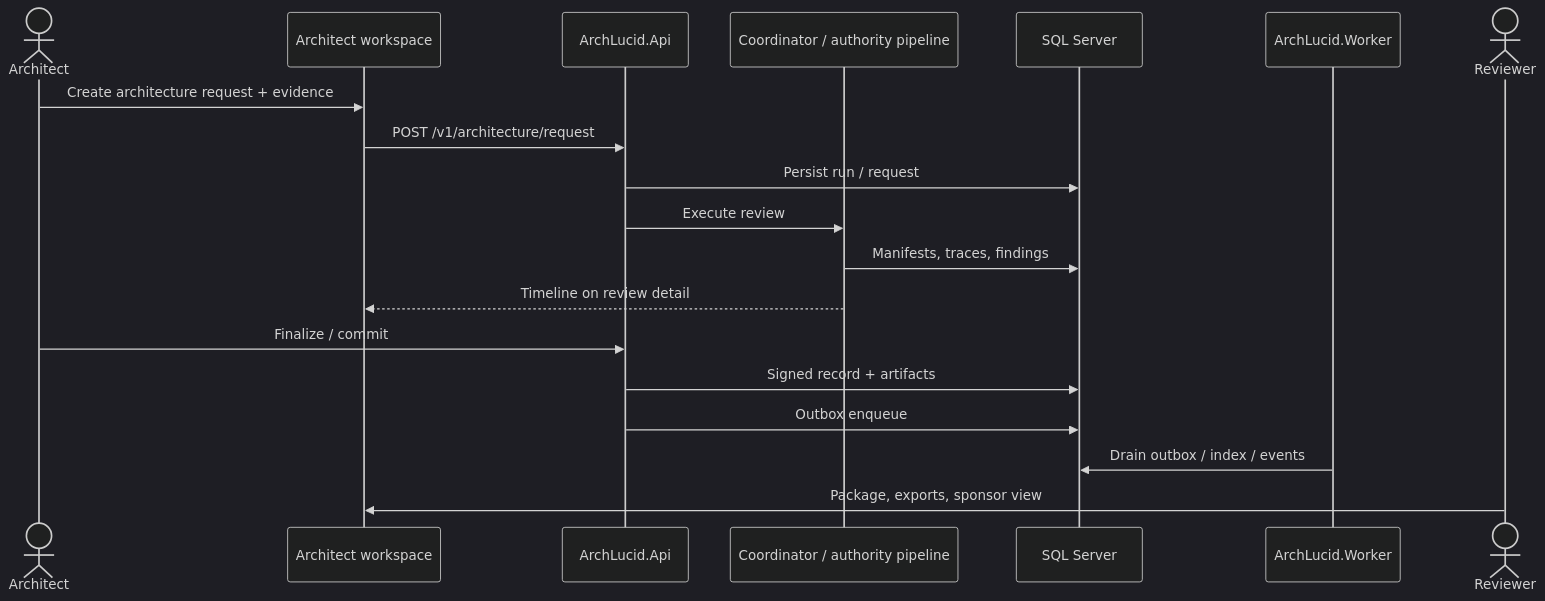
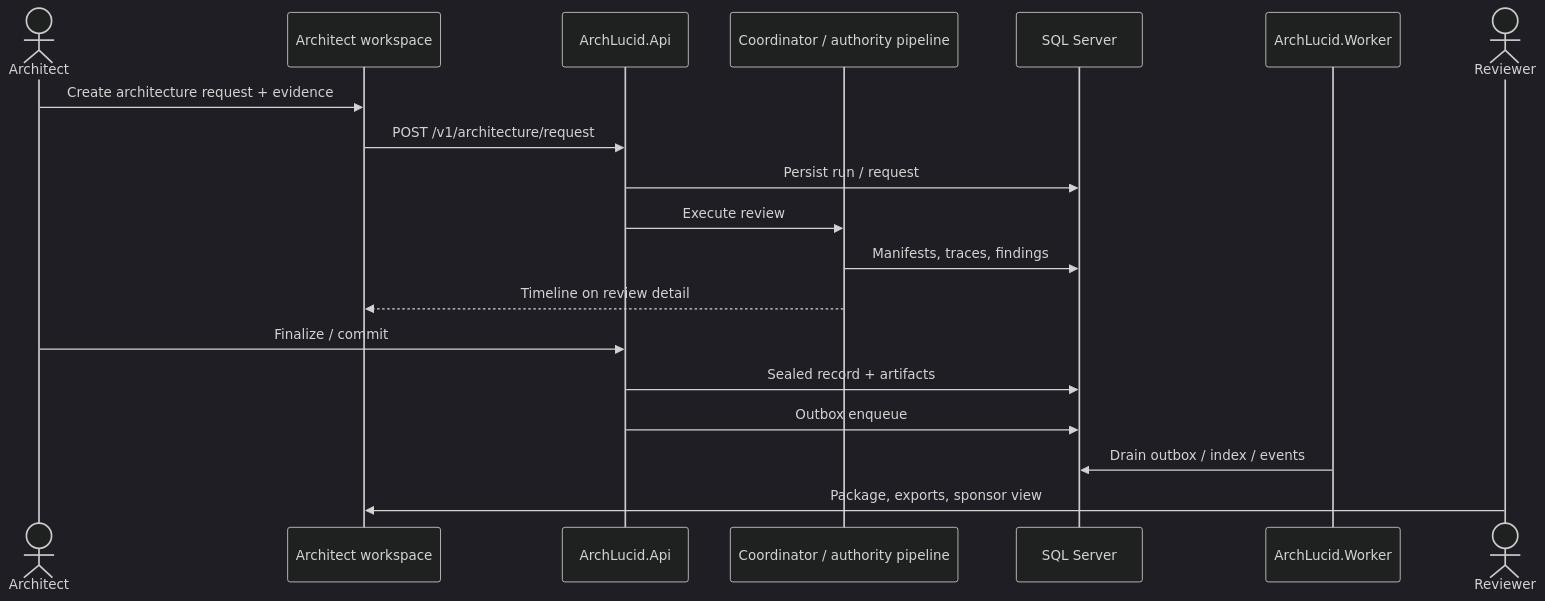
The second of 2 diagrams in docs/architecture/architecture_diagrams/archlucid-system-overview.md (joefrancisGA/ArchLucid), drawn with Mermaid (dark theme) before and after one commit. The commit also changed 693 other files, not shown here.

First line of the commit message:
Rename the buyer noun from signed review record to sealed review record.

````diff
--- a/docs/architecture/architecture_diagrams/archlucid-system-overview.md
+++ b/docs/architecture/architecture_diagrams/archlucid-system-overview.md
@@ -92,22 +92,22 @@
 ```mermaid
 sequenceDiagram
   actor Architect
   participant UI as Architect workspace
   participant API as ArchLucid.Api
   participant Pipe as Coordinator / authority pipeline
   participant SQL as SQL Server
   participant Worker as ArchLucid.Worker
   actor Reviewer
 
   Architect->>UI: Create architecture request + evidence
   UI->>API: POST /v1/architecture/request
   API->>SQL: Persist run / request
   API->>Pipe: Execute review
   Pipe->>SQL: Manifests, traces, findings
   Pipe-->>UI: Timeline on review detail
   Architect->>API: Finalize / commit
-  API->>SQL: Signed record + artifacts
+  API->>SQL: Sealed record + artifacts
   API->>SQL: Outbox enqueue
   Worker->>SQL: Drain outbox / index / events
   Reviewer->>UI: Package, exports, sponsor view
 ```
````
